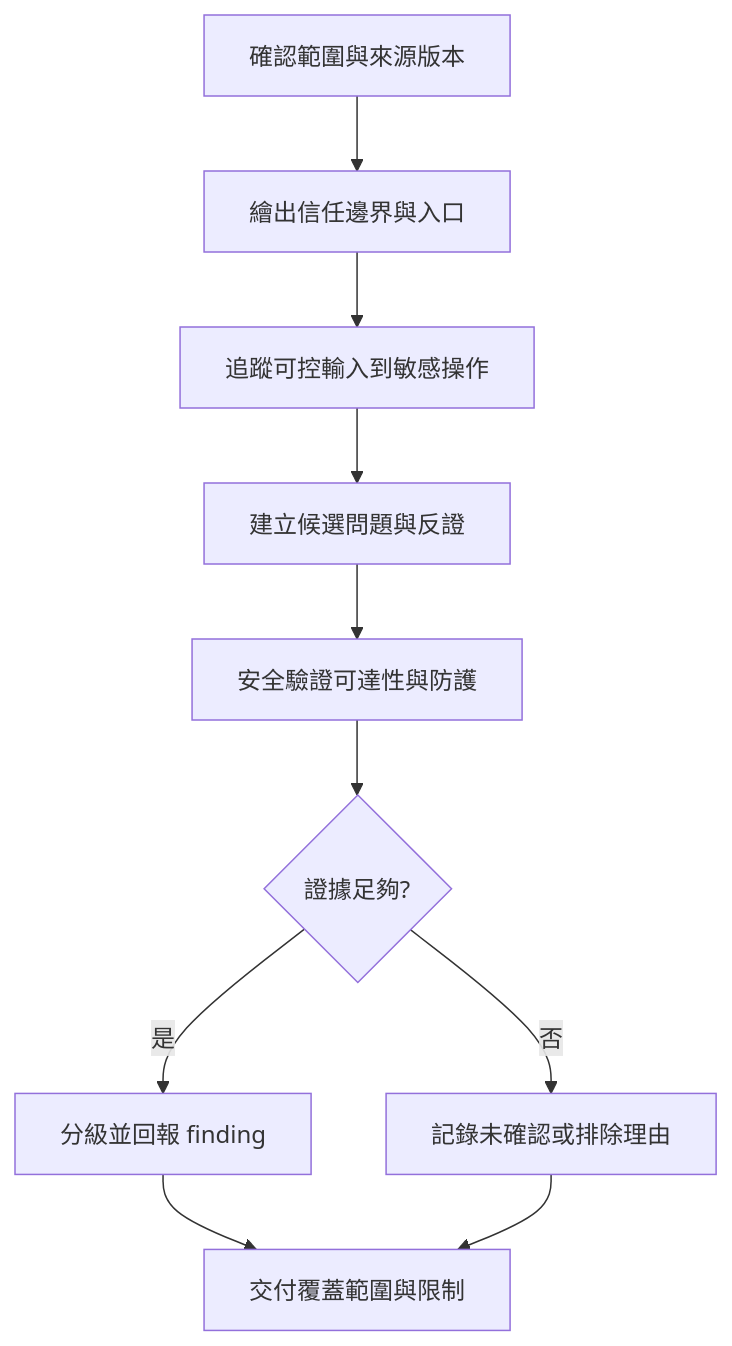
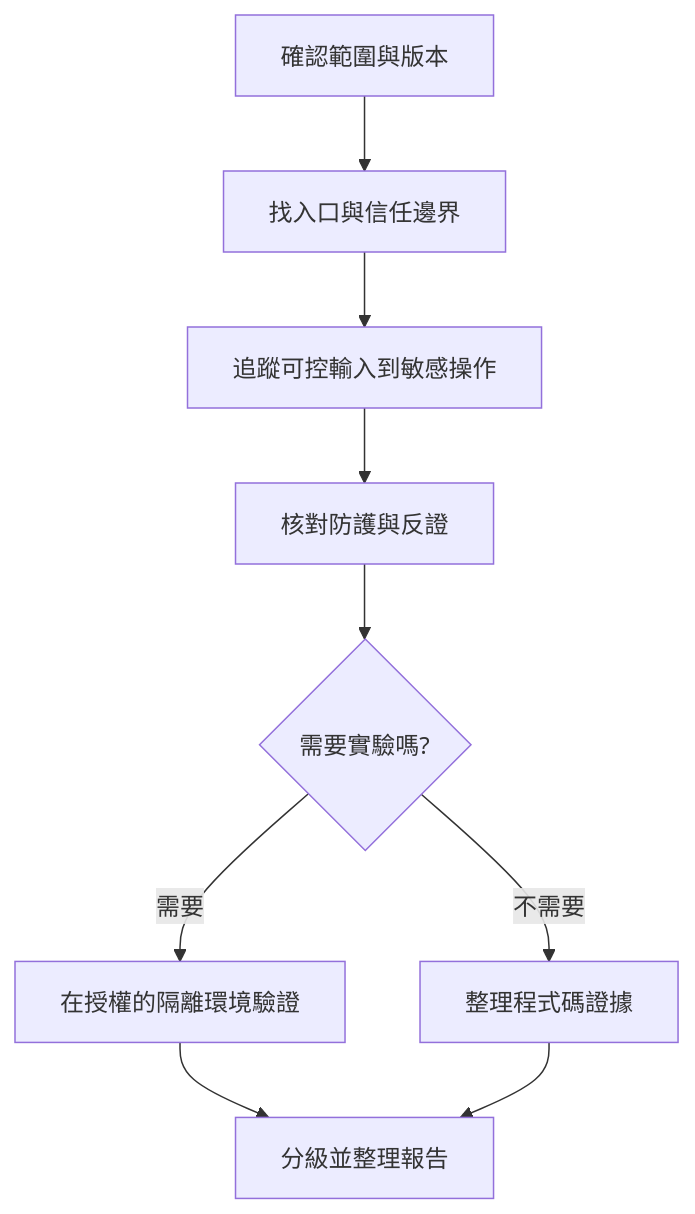
Before and after one commit to gaze9999/codex-playbook: the diagram in red-team.md, drawn with Mermaid. The commit also changed other lines of this file and 12 other files, not shown here.

````diff
--- a/red-team.md
+++ b/red-team.md
@@ -19,12 +21,11 @@
 ```mermaid
 flowchart TD
-    A[確認範圍與來源版本] --> B[繪出信任邊界與入口]
+    A[確認範圍與版本] --> B[找入口與信任邊界]
     B --> C[追蹤可控輸入到敏感操作]
-    C --> D[建立候選問題與反證]
-    D --> E[安全驗證可達性與防護]
-    E --> F{證據足夠?}
-    F -->|是| G[分級並回報 finding]
-    F -->|否| H[記錄未確認或排除理由]
-    G --> I[交付覆蓋範圍與限制]
-    H --> I
+    C --> D[核對防護與反證]
+    D --> E{需要實驗嗎?}
+    E -->|需要| F[在授權的隔離環境驗證]
+    E -->|不需要| G[整理程式碼證據]
+    F --> H[分級並整理報告]
+    G --> H
 ```
````
